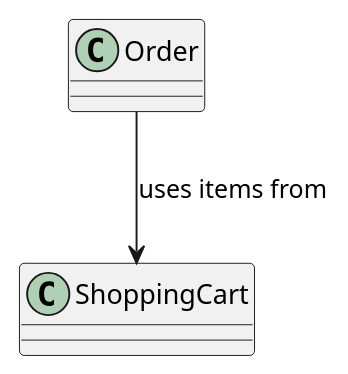
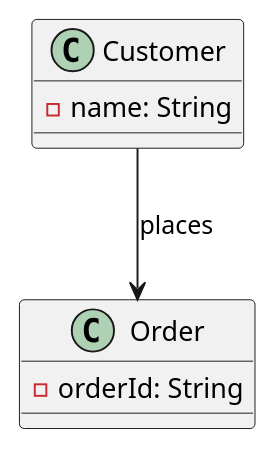
Before and after one commit to andikatjacobdennis/UML: the second of 9 diagrams in relationships/UML_Relationships_Tutorial.md, drawn with PlantUML. The commit also changed other lines of this file, not shown here.

````diff
--- a/relationships/UML_Relationships_Tutorial.md
+++ b/relationships/UML_Relationships_Tutorial.md
@@ -41,7 +31,11 @@
 ```plantuml
 @startuml
-class Order
-class ShoppingCart
-Order --> ShoppingCart : uses items from
+class Customer {
+  -name: String
+}
+class Order {
+  -orderId: String
+}
+Customer --> Order : places
 @enduml
 ```
````
